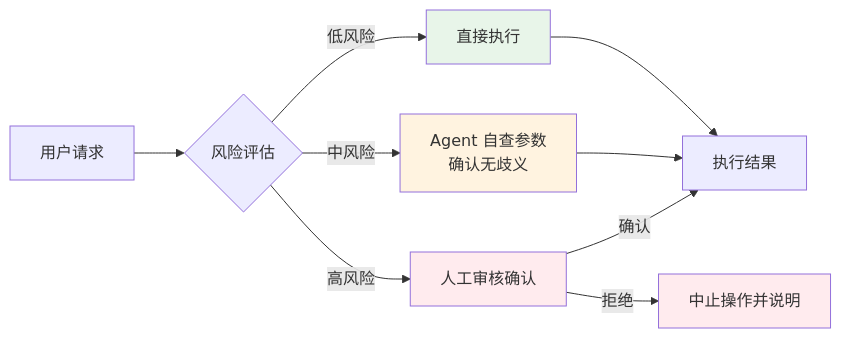
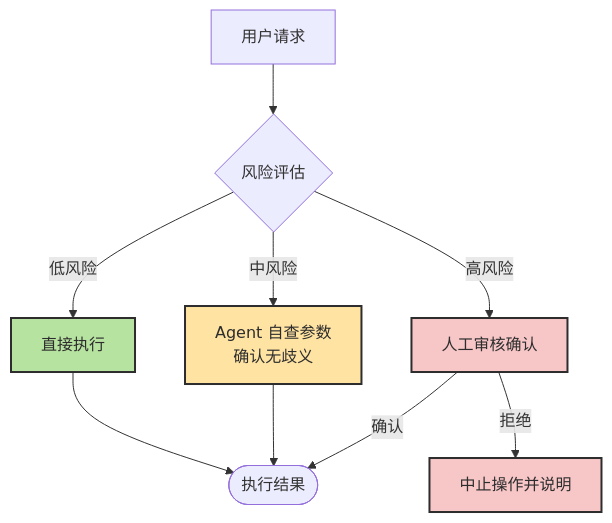
Before and after one commit to zht043/AgenticCodingTutorial: the ninth of 10 diagrams in docs/chapters/ch11-design-patterns.md, drawn with Mermaid. The commit also changed other lines of this file and 26 other files, not shown here.

````diff
--- a/docs/chapters/ch11-design-patterns.md
+++ b/docs/chapters/ch11-design-patterns.md
@@ -439,18 +449,18 @@
 ```mermaid
-flowchart LR
+flowchart TD
     A[用户请求] --> B{风险评估}
 
     B -->|低风险| C[直接执行]
     B -->|中风险| D[Agent 自查参数<br/>确认无歧义]
     B -->|高风险| E[人工审核确认]
 
-    C --> F[执行结果]
+    C --> F([执行结果])
     D --> F
     E -->|确认| F
     E -->|拒绝| G[中止操作并说明]
 
-    style C fill:#e8f5e9
-    style D fill:#fff3e0
-    style E fill:#ffebee
-    style G fill:#ffebee
+    style C fill:#b7e3a1,stroke:#2d2d2d,stroke-width:2px,color:#2d2d2d
+    style D fill:#ffe3a3,stroke:#2d2d2d,stroke-width:2px,color:#2d2d2d
+    style E fill:#f7c6c7,stroke:#2d2d2d,stroke-width:2px,color:#2d2d2d
+    style G fill:#f7c6c7,stroke:#2d2d2d,stroke-width:2px,color:#2d2d2d
 ```
````
